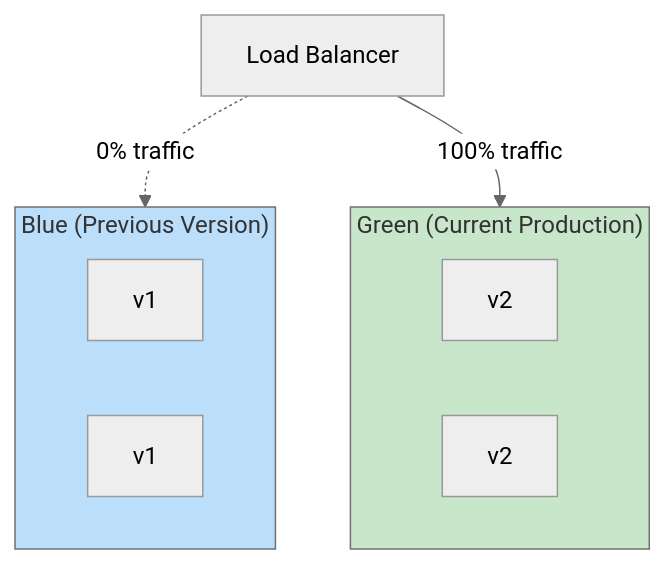
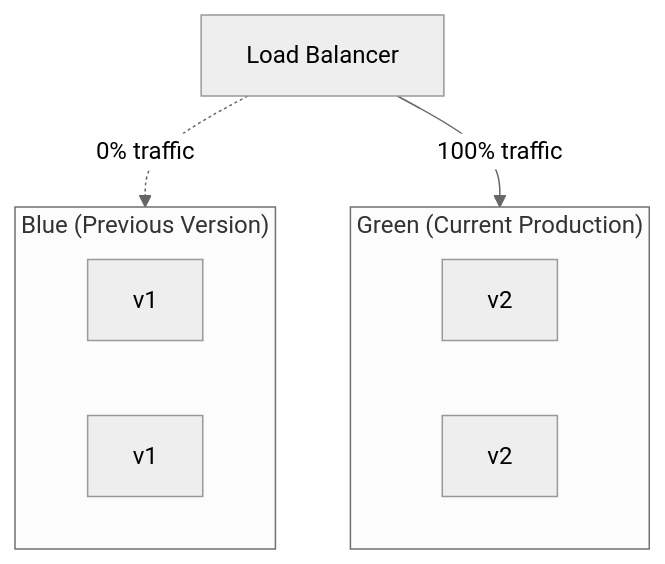
Before and after one commit to shivam-g-mishra/blog: the sixth of 10 diagrams in docs/cicd/deployment-strategies.md, drawn with Mermaid. The commit also changed other lines of this file and 23 other files, not shown here.

First line of the commit message:
fix: improve Mermaid diagram visibility in dark mode

````diff
--- a/docs/cicd/deployment-strategies.md
+++ b/docs/cicd/deployment-strategies.md
@@ -299,21 +268,18 @@
 ```mermaid
 %%{init: {'theme': 'neutral'}}%%
 flowchart TB
     LB[Load Balancer]
     
     subgraph blue["Blue (Previous Version)"]
         B1[v1]
         B2[v1]
     end
     
     subgraph green["Green (Current Production)"]
         G1[v2]
         G2[v2]
     end
     
     LB -.-> |0% traffic| blue
     LB --> |100% traffic| green
-    
-    style blue fill:#bbdefb
-    style green fill:#c8e6c9
 ```
````
